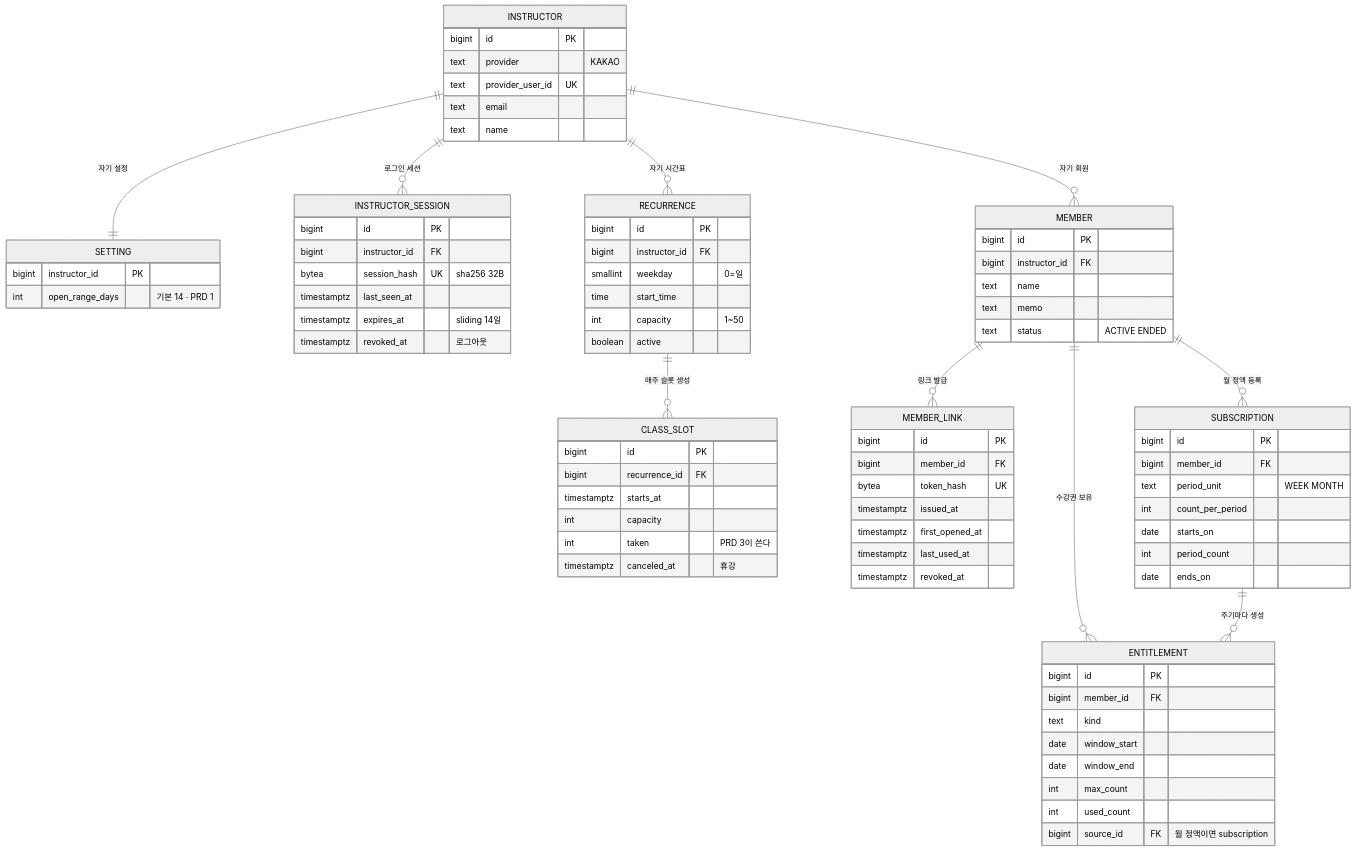
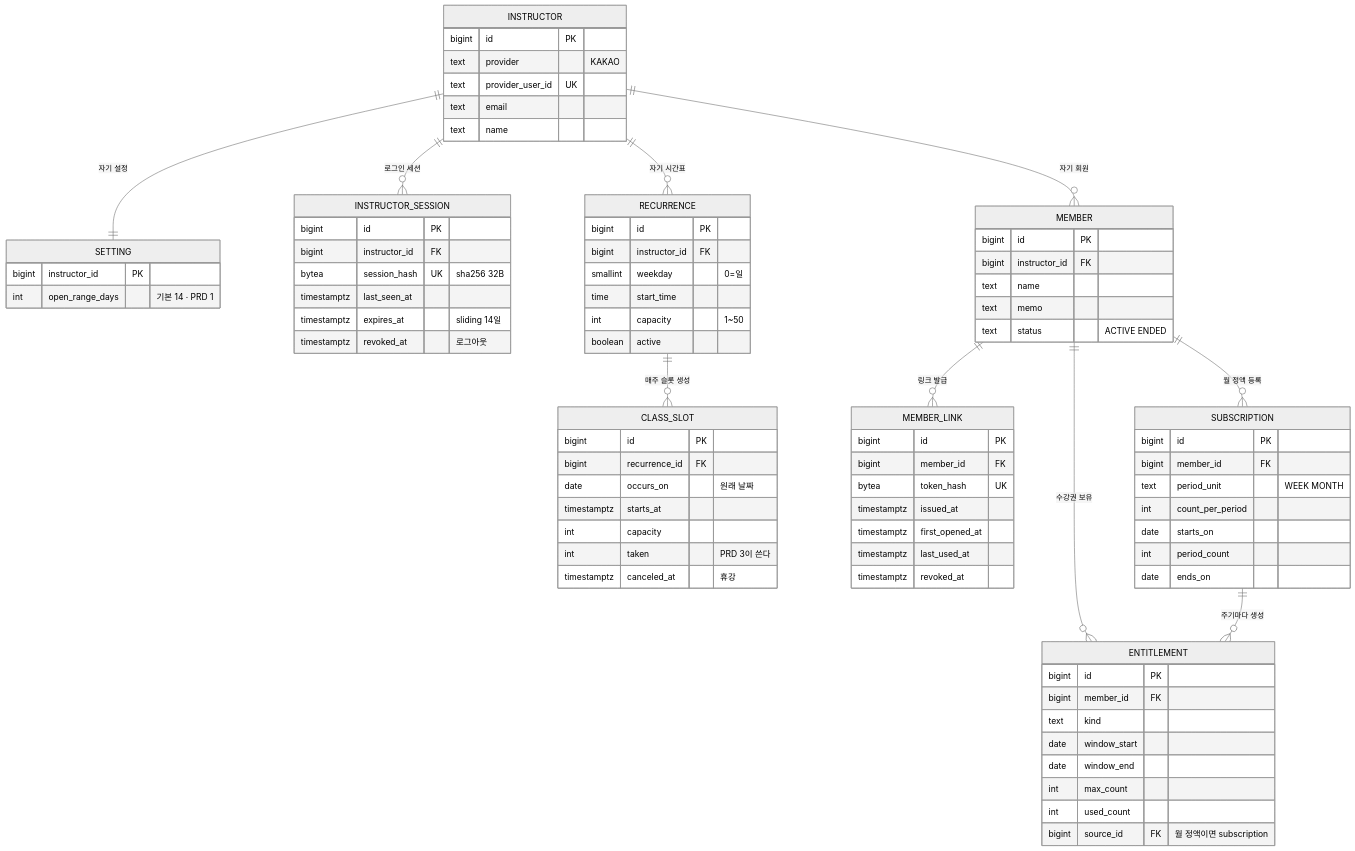
The diagram in docs/spec/instructor/0001-instructor-setup/prd.md (Fit-link-v2/FitLink-BE), drawn with Mermaid (neutral theme) before and after one commit. The commit also changed other lines of this file and 17 other files, not shown here.

```diff
--- a/docs/spec/instructor/0001-instructor-setup/prd.md
+++ b/docs/spec/instructor/0001-instructor-setup/prd.md
@@ -50,6 +50,7 @@
     CLASS_SLOT {
         bigint id PK
         bigint recurrence_id FK
+        date occurs_on "원래 날짜"
         timestamptz starts_at
         int capacity
         int taken "PRD 3이 쓴다"
```
